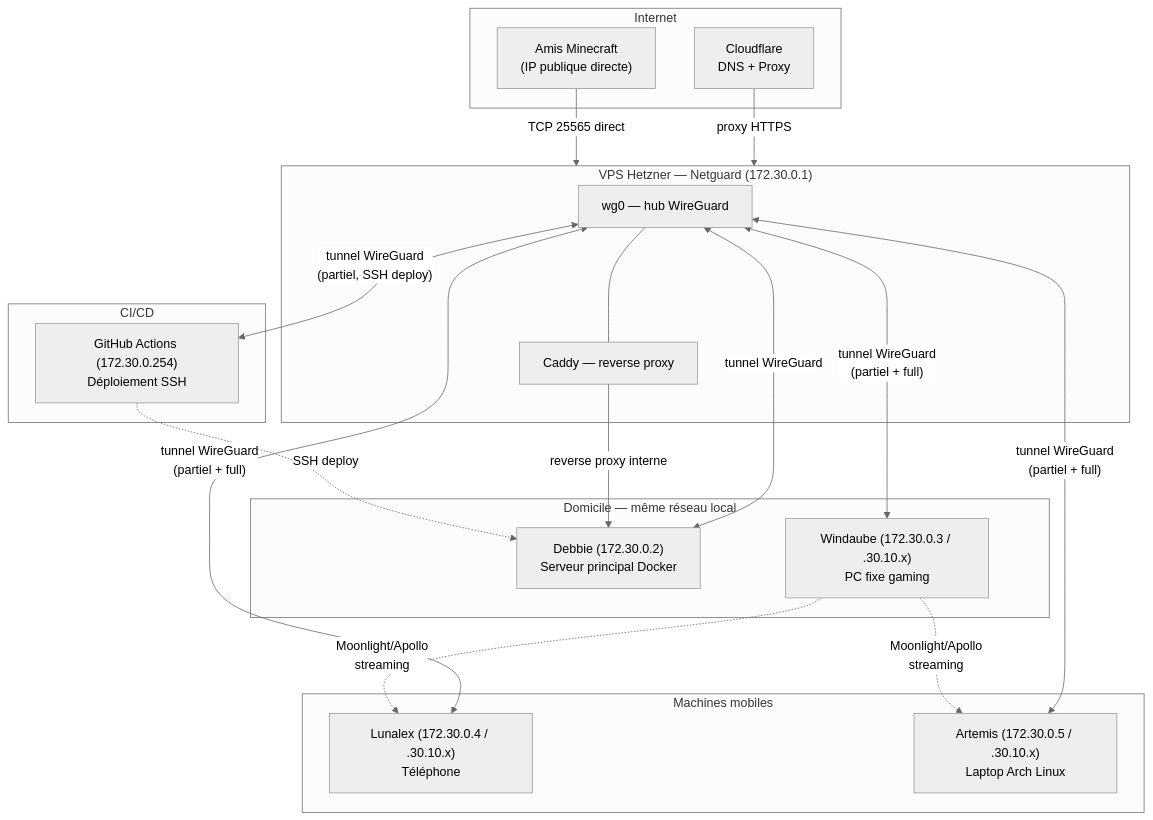
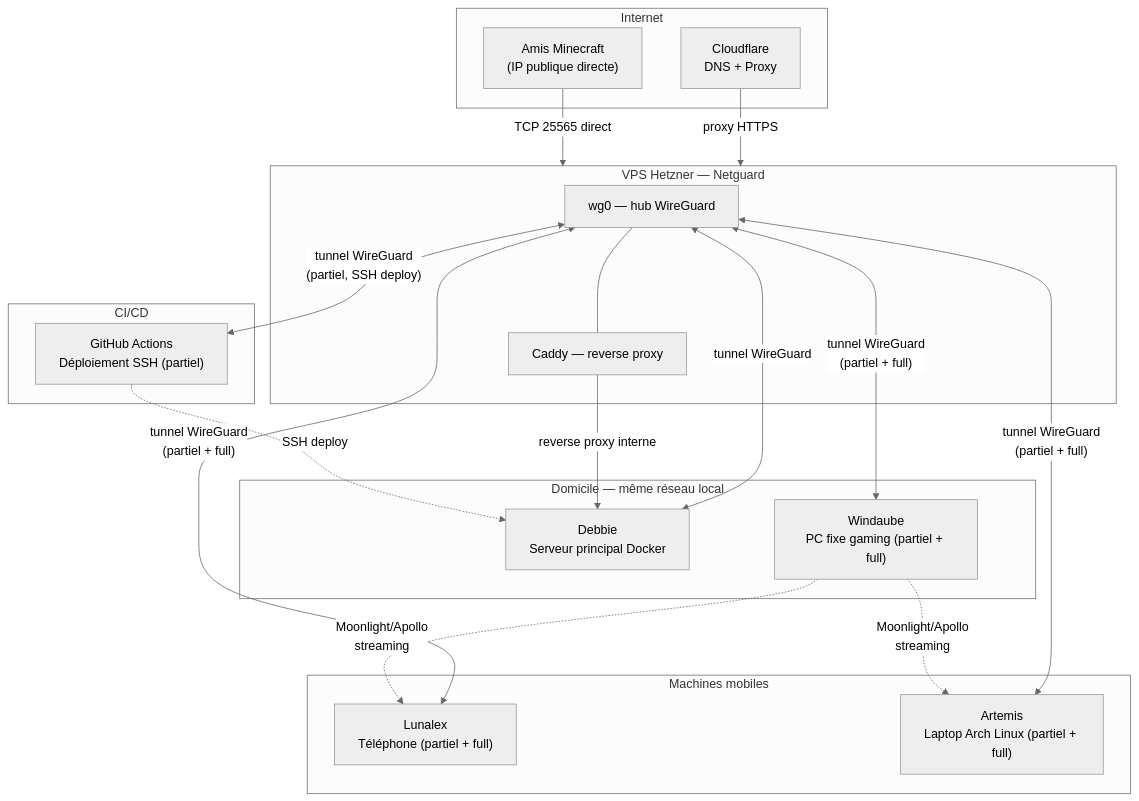
One commit to leo-jasoncoulais/netshift changed the diagram in 01-architecture.md. Above: the diagram before and after it, drawn with Mermaid (neutral theme). The commit also changed other lines of this file and 6 other files, not shown here.

````diff
--- a/01-architecture.md
+++ b/01-architecture.md
@@ -13,41 +13,41 @@
 ```mermaid
 graph TB
     subgraph Internet
         CF["Cloudflare<br/>DNS + Proxy"]
         MC["Amis Minecraft<br/>(IP publique directe)"]
     end
 
-    subgraph VPS["VPS Hetzner — Netguard (172.30.0.1)"]
+    subgraph VPS["VPS Hetzner — Netguard"]
         WG0["wg0 — hub WireGuard"]
         CADDY["Caddy — reverse proxy"]
     end
 
     subgraph Domicile["Domicile — même réseau local"]
-        DEBBIE["Debbie (172.30.0.2)<br/>Serveur principal Docker"]
-        WINDAUBE["Windaube (172.30.0.3 / .30.10.x)<br/>PC fixe gaming"]
+        DEBBIE["Debbie<br/>Serveur principal Docker"]
+        WINDAUBE["Windaube<br/>PC fixe gaming (partiel + full)"]
     end
 
     subgraph Mobile["Machines mobiles"]
-        LUNALEX["Lunalex (172.30.0.4 / .30.10.x)<br/>Téléphone"]
-        ARTEMIS["Artemis (172.30.0.5 / .30.10.x)<br/>Laptop Arch Linux"]
+        LUNALEX["Lunalex<br/>Téléphone (partiel + full)"]
+        ARTEMIS["Artemis<br/>Laptop Arch Linux (partiel + full)"]
     end
 
     subgraph CI["CI/CD"]
-        GHA["GitHub Actions (172.30.0.254)<br/>Déploiement SSH"]
+        GHA["GitHub Actions<br/>Déploiement SSH (partiel)"]
     end
 
     CF -->|"proxy HTTPS"| VPS
     MC -->|"TCP 25565 direct"| VPS
     WG0 --- CADDY
 
     WG0 <-->|"tunnel WireGuard"| DEBBIE
     WG0 <-->|"tunnel WireGuard<br/>(partiel + full)"| WINDAUBE
     WG0 <-->|"tunnel WireGuard<br/>(partiel + full)"| LUNALEX
     WG0 <-->|"tunnel WireGuard<br/>(partiel + full)"| ARTEMIS
     WG0 <-->|"tunnel WireGuard<br/>(partiel, SSH deploy)"| GHA
 
     CADDY -->|"reverse proxy interne"| DEBBIE
     GHA -.->|"SSH deploy"| DEBBIE
     WINDAUBE -.->|"Moonlight/Apollo<br/>streaming"| LUNALEX
     WINDAUBE -.->|"Moonlight/Apollo<br/>streaming"| ARTEMIS
 ```
````
